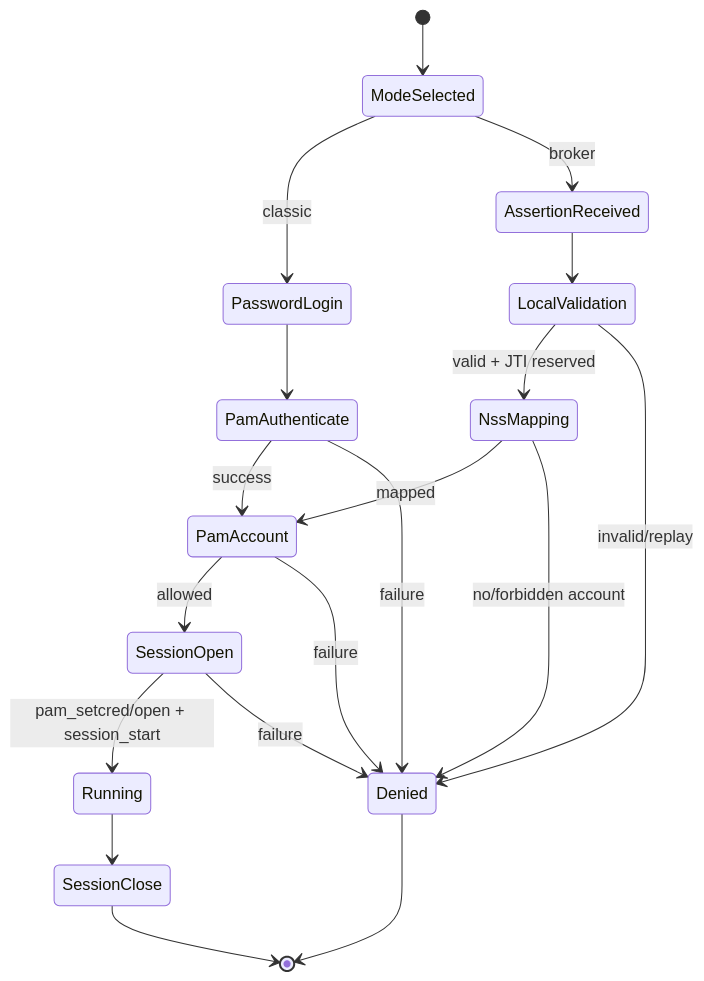
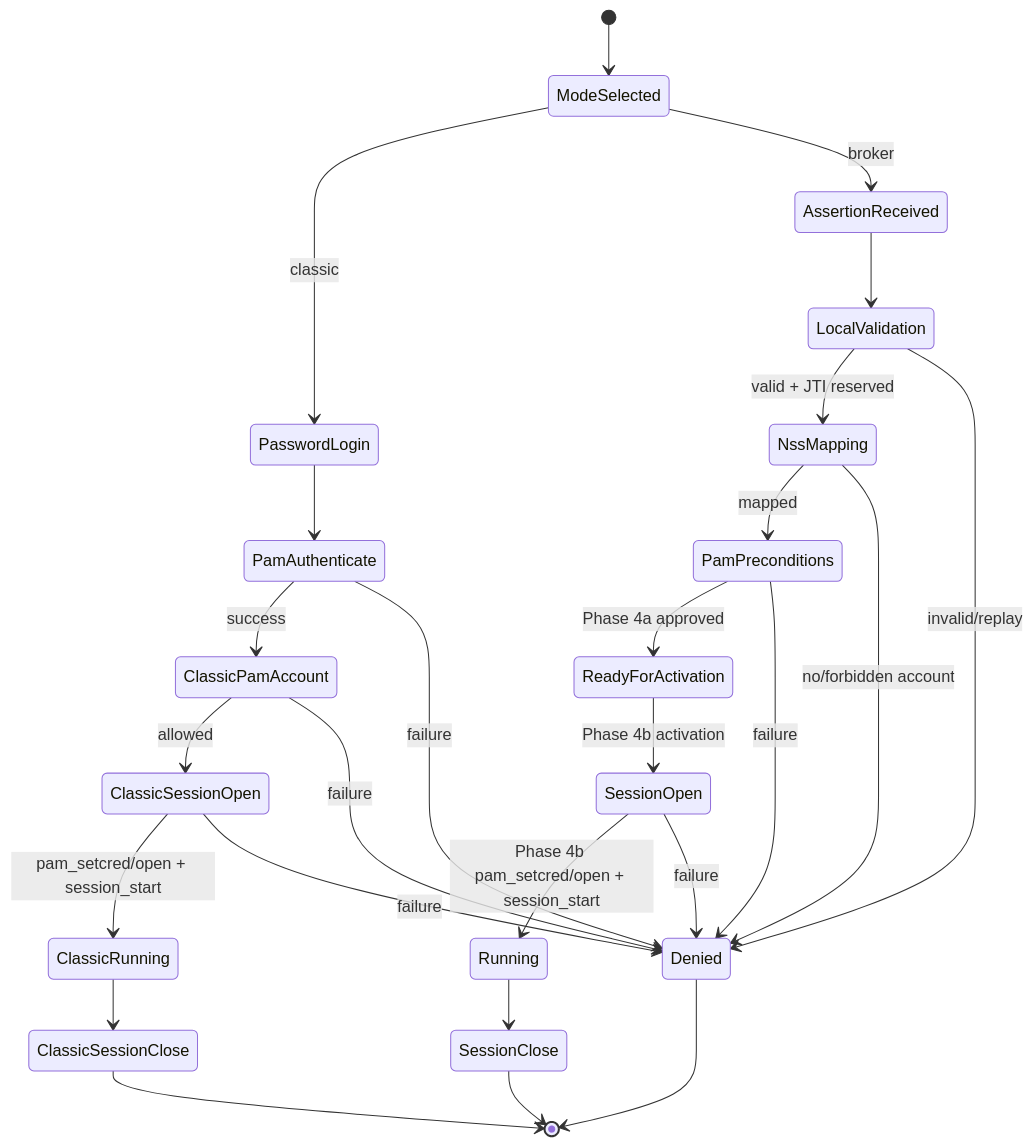
The diagram in specification/04-xrdp-extension-specification.md (risi70/xrdp), drawn with Mermaid before and after one commit. The commit also changed other lines of this file and 2 other files, not shown here.

Commit message:
baf: clarify phase 4b activation diagrams and test ownership

````diff
--- a/specification/04-xrdp-extension-specification.md
+++ b/specification/04-xrdp-extension-specification.md
@@ -119,21 +125,28 @@
 ```mermaid
 stateDiagram-v2
   [*] --> ModeSelected
   ModeSelected --> PasswordLogin: classic
   ModeSelected --> AssertionReceived: broker
   PasswordLogin --> PamAuthenticate
-  PamAuthenticate --> PamAccount: success
+  PamAuthenticate --> ClassicPamAccount: success
+  ClassicPamAccount --> ClassicSessionOpen: allowed
+  ClassicSessionOpen --> ClassicRunning: pam_setcred/open + session_start
   AssertionReceived --> LocalValidation
   LocalValidation --> NssMapping: valid + JTI reserved
-  NssMapping --> PamAccount: mapped
-  PamAccount --> SessionOpen: allowed
-  SessionOpen --> Running: pam_setcred/open + session_start
+  NssMapping --> PamPreconditions: mapped
+  PamPreconditions --> ReadyForActivation: Phase 4a approved
+  ReadyForActivation --> SessionOpen: Phase 4b activation
+  SessionOpen --> Running: Phase 4b pam_setcred/open + session_start
   LocalValidation --> Denied: invalid/replay
   NssMapping --> Denied: no/forbidden account
   PamAuthenticate --> Denied: failure
-  PamAccount --> Denied: failure
+  ClassicPamAccount --> Denied: failure
+  ClassicSessionOpen --> Denied: failure
+  PamPreconditions --> Denied: failure
   SessionOpen --> Denied: failure
   Denied --> [*]
+  ClassicRunning --> ClassicSessionClose
+  ClassicSessionClose --> [*]
   Running --> SessionClose
   SessionClose --> [*]
 ```
````
